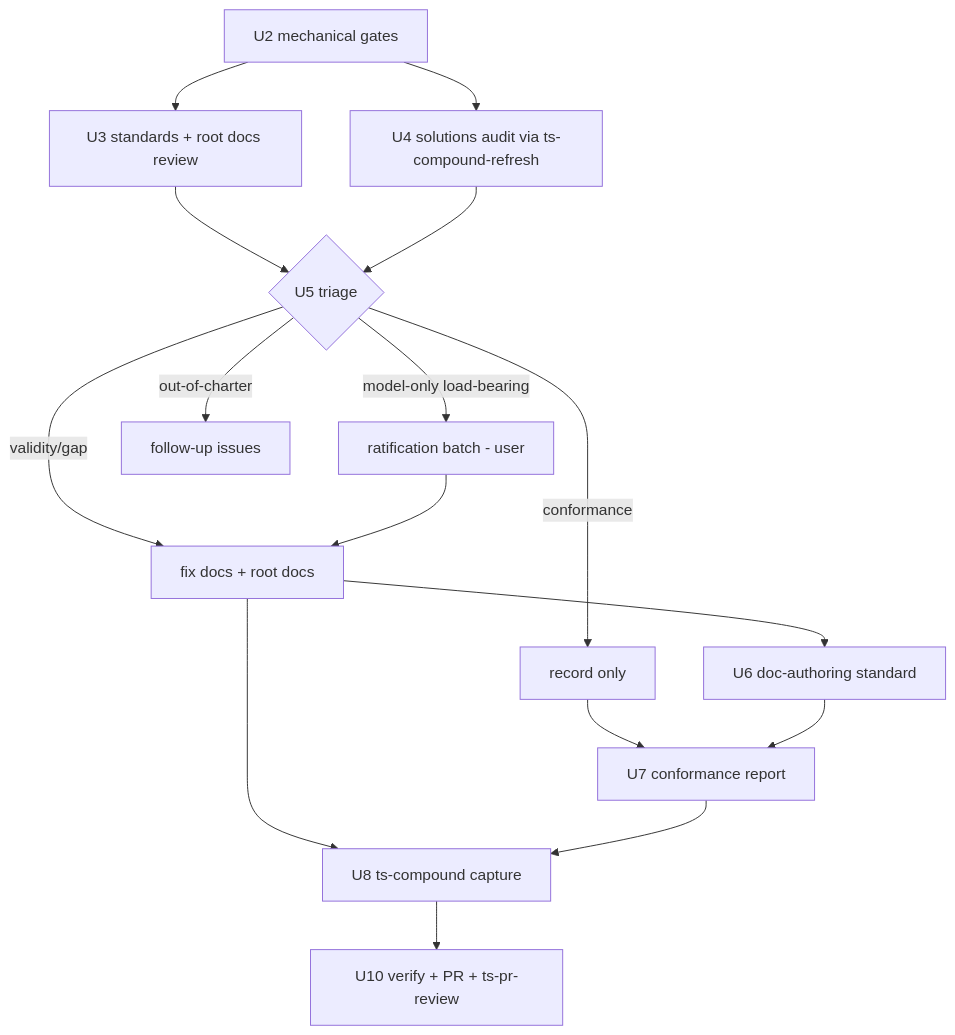
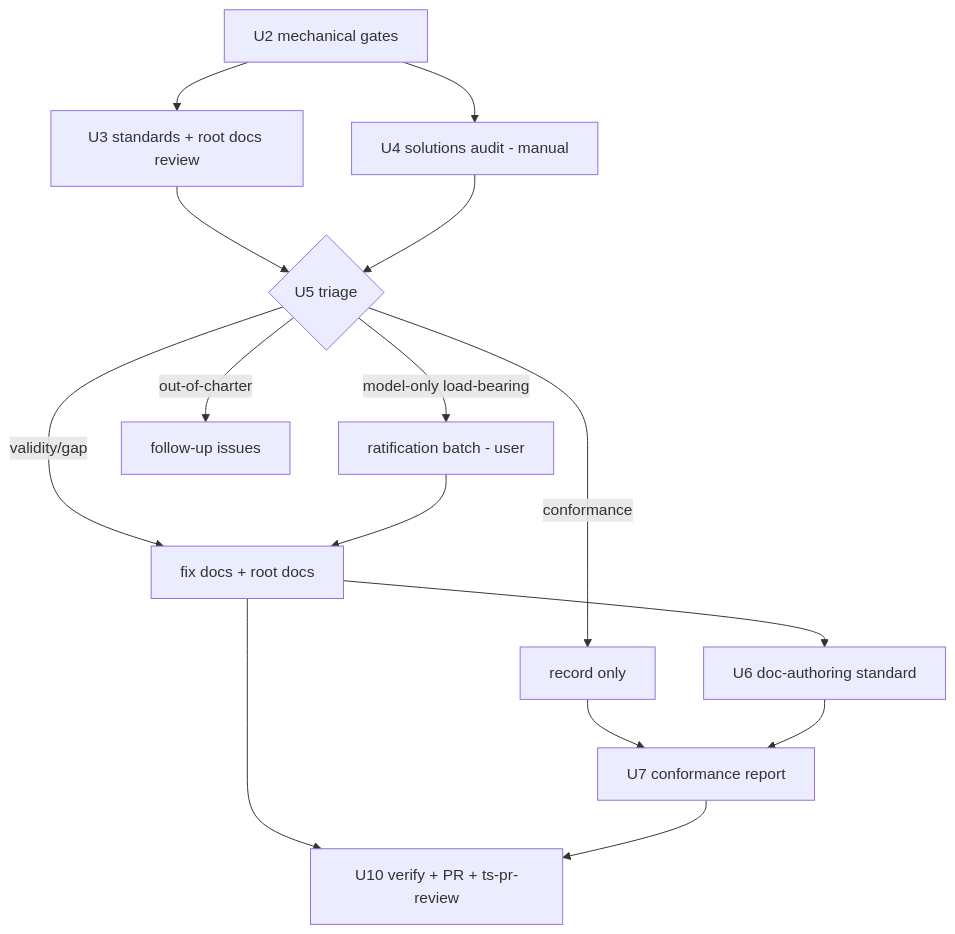
Before and after one commit to Taegost/taegosts-skills: the diagram in docs/plans/2026-09-09-001-fix-repo-documentation-review-plan.md, drawn with Mermaid. The commit also changed other lines of this file, not shown here.

First line of the commit message:
docs: apply plan-review decisions to issue #119 plan

````diff
--- a/docs/plans/2026-09-09-001-fix-repo-documentation-review-plan.md
+++ b/docs/plans/2026-09-09-001-fix-repo-documentation-review-plan.md
@@ -90,18 +96,17 @@
 ```mermaid
 flowchart TB
     A[U2 mechanical gates] --> B[U3 standards + root docs review]
-    A --> C[U4 solutions audit via ts-compound-refresh]
+    A --> C[U4 solutions audit - manual]
     B --> D{U5 triage}
     C --> D
     D -->|validity/gap| E[fix docs + root docs]
     D -->|model-only load-bearing| R[ratification batch - user]
     R --> E
     D -->|conformance| F[record only]
     D -->|out-of-charter| G[follow-up issues]
     E --> H[U6 doc-authoring standard]
     F --> I[U7 conformance report]
     H --> I
-    E --> J[U8 ts-compound capture]
-    I --> J
-    J --> K[U10 verify + PR + ts-pr-review]
+    E --> K[U10 verify + PR + ts-pr-review]
+    I --> K
 ```
````
